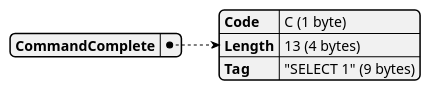
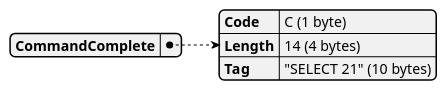
Before and after one commit to xfischer/pg_protoexport: diagram 13 of 28 in docs/examples/exports/pagila-05-extended-query-named-prepared-statement/capture.plantuml.pkt.md, drawn with PlantUML. The commit also changed other lines of this file and 135 other files, not shown here.

````diff
--- a/docs/examples/exports/pagila-05-extended-query-named-prepared-statement/capture.plantuml.pkt.md
+++ b/docs/examples/exports/pagila-05-extended-query-named-prepared-statement/capture.plantuml.pkt.md
@@ -192,11 +224,11 @@
 ```plantuml
 @startjson
 {
   "CommandComplete": {
     "Code": "C (1 byte)",
-    "Length": "13 (4 bytes)",
-    "Tag": "\"SELECT 1\" (9 bytes)"
+    "Length": "14 (4 bytes)",
+    "Tag": "\"SELECT 21\" (10 bytes)"
   }
 }
 @endjson
 ```
````
